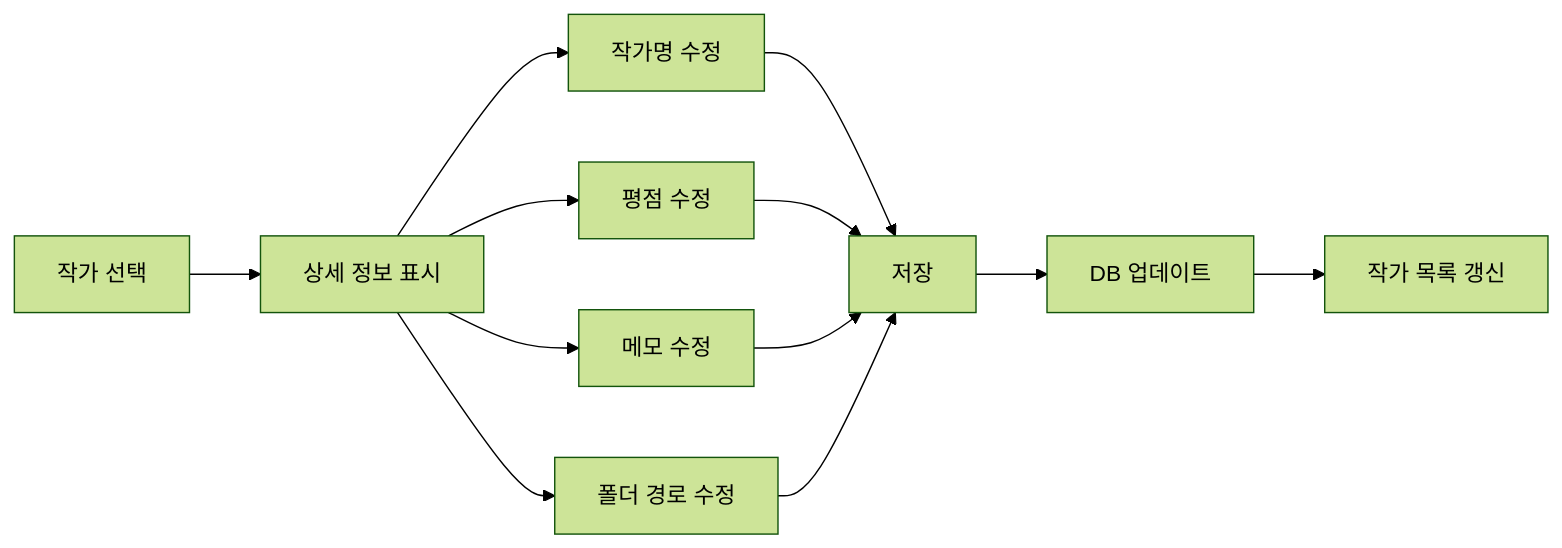
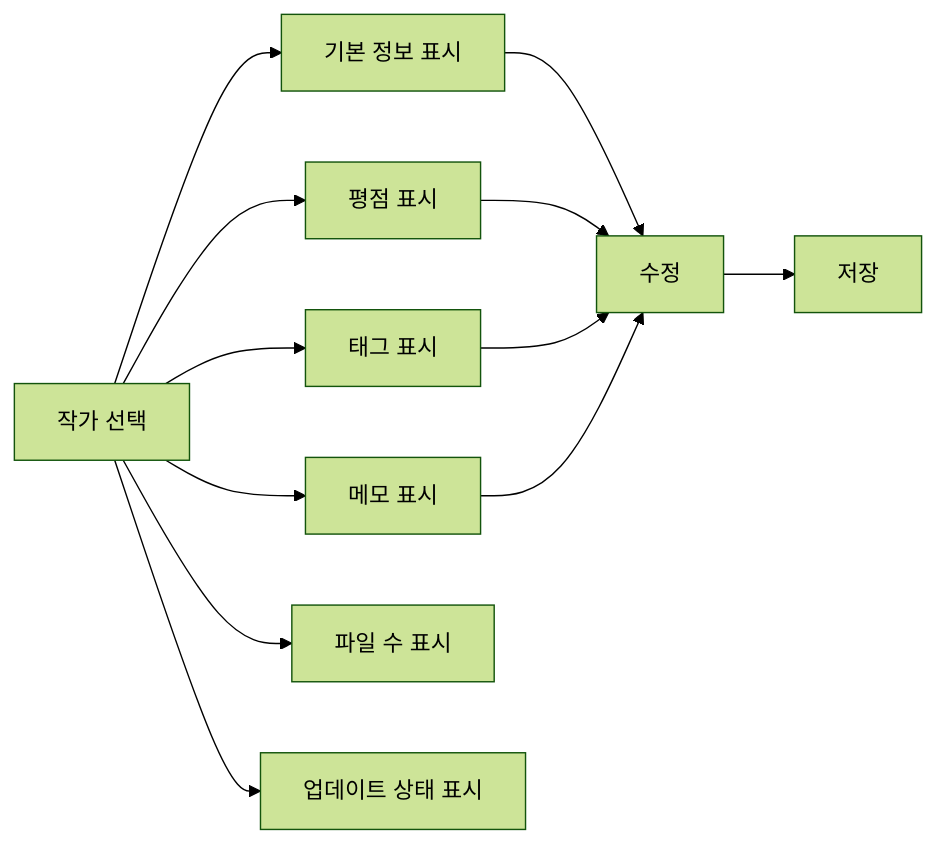
The fourth of 12 diagrams in docs/03_SYSTEM_FLOW.md (PKT0623/PixivLocalManager), drawn with Mermaid (forest theme) before and after one commit. The commit also changed other lines of this file and 10 other files, not shown here.

````diff
--- a/docs/03_SYSTEM_FLOW.md
+++ b/docs/03_SYSTEM_FLOW.md
@@ -98,24 +70,19 @@
 ```mermaid
 flowchart LR
 
 A[작가 선택]
 
-A --> B[상세 정보 표시]
+A --> B[기본 정보 표시]
+A --> C[평점 표시]
+A --> D[태그 표시]
+A --> E[메모 표시]
+A --> F[파일 수 표시]
+A --> G[업데이트 상태 표시]
 
-B --> C[작가명 수정]
+B --> H[수정]
+C --> H
+D --> H
+E --> H
 
-B --> D[평점 수정]
-
-B --> E[메모 수정]
-
-B --> F[폴더 경로 수정]
-
-C --> G[저장]
-D --> G
-E --> G
-F --> G
-
-G --> H[DB 업데이트]
-
-H --> I[작가 목록 갱신]
+H --> I[저장]
 ```
````
